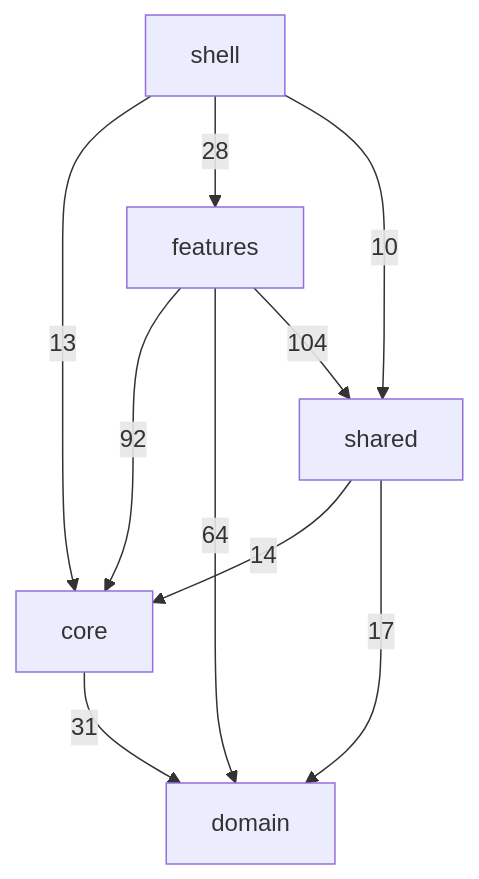
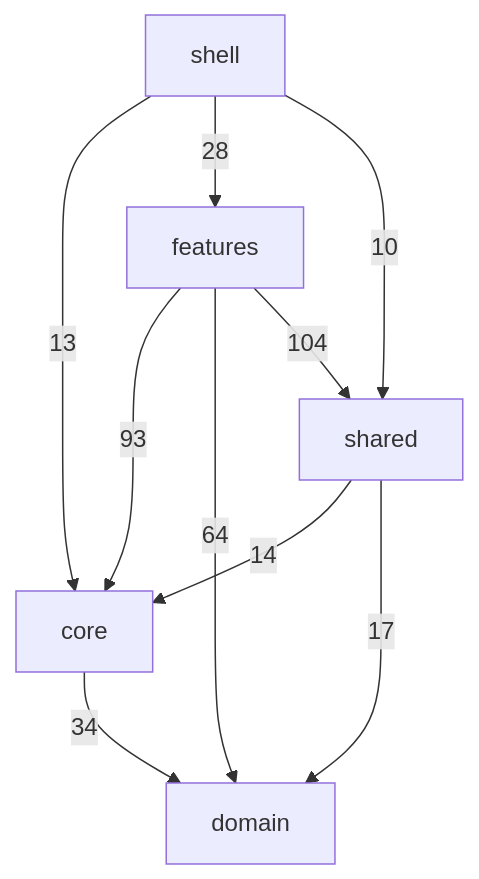
One commit to valde222/life_app changed the diagram in docs/diagrams/03a-code-layers.md. Above: the diagram before and after it, drawn with Mermaid. The commit also changed 21 other files, not shown here.

````diff
--- a/docs/diagrams/03a-code-layers.md
+++ b/docs/diagrams/03a-code-layers.md
@@ -5,17 +5,17 @@
 ```mermaid
 flowchart TD
   shell["shell"]
   features["features"]
   shared["shared"]
   core["core"]
   domain["domain"]
-  core -- 31 --> domain
-  features -- 92 --> core
+  core -- 34 --> domain
+  features -- 93 --> core
   features -- 64 --> domain
   features -- 104 --> shared
   shared -- 14 --> core
   shared -- 17 --> domain
   shell -- 13 --> core
   shell -- 28 --> features
   shell -- 10 --> shared
 ```
````
